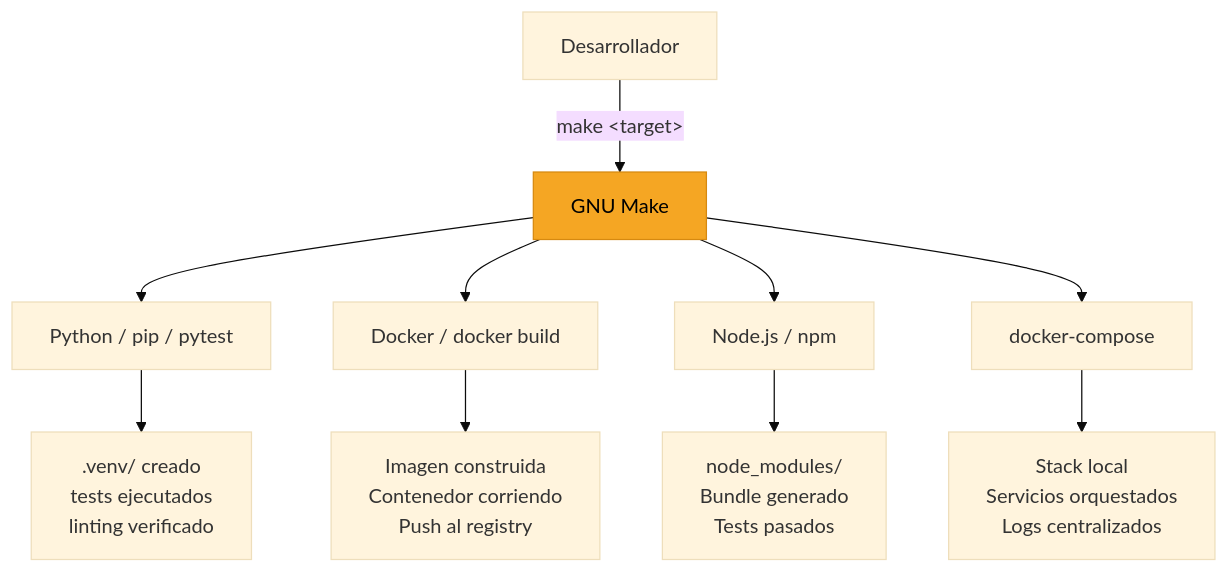
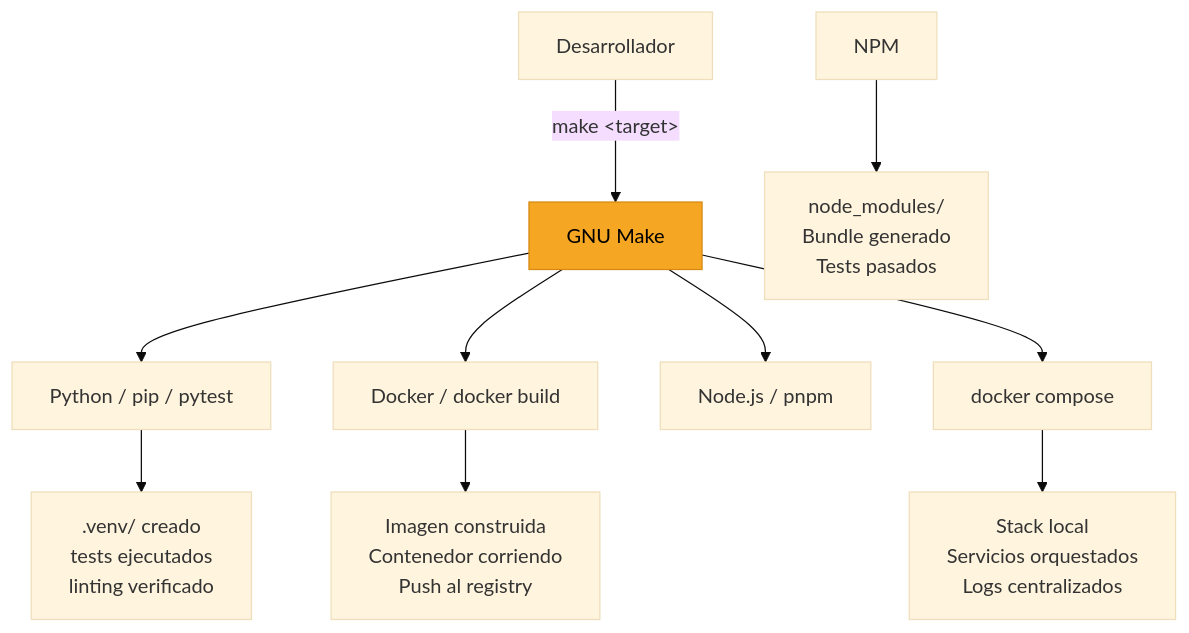
Before and after one commit to ergrato-dev/bc-makefile: the diagram in bootcamp/week-11-makefiles_para_proyectos_modernos/0-assets/01-make-como-interfaz-universal.md, drawn with Mermaid (base theme). The commit also changed 71 other files, not shown here.

First line of the commit message:
fix(vigencia): stack 2026, pnpm, compose v2 e imagenes no-root

````diff
--- a/bootcamp/week-11-makefiles_para_proyectos_modernos/0-assets/01-make-como-interfaz-universal.md
+++ b/bootcamp/week-11-makefiles_para_proyectos_modernos/0-assets/01-make-como-interfaz-universal.md
@@ -3,16 +3,16 @@
 ```mermaid
 graph TD
     DEV[Desarrollador] -->|make &lt;target&gt;| MAKE[GNU Make]
 
     MAKE --> PY[Python / pip / pytest]
     MAKE --> DOC[Docker / docker build]
-    MAKE --> NPM[Node.js / npm]
-    MAKE --> CMP[docker-compose]
+    MAKE --> PNPM[Node.js / pnpm]
+    MAKE --> CMP[docker compose]
 
     PY --> R1[".venv/ creado<br/>tests ejecutados<br/>linting verificado"]
     DOC --> R2["Imagen construida<br/>Contenedor corriendo<br/>Push al registry"]
     NPM --> R3["node_modules/<br/>Bundle generado<br/>Tests pasados"]
     CMP --> R4["Stack local<br/>Servicios orquestados<br/>Logs centralizados"]
 
     style MAKE fill:#f5a623,stroke:#d68910,color:#000
 ```
````
